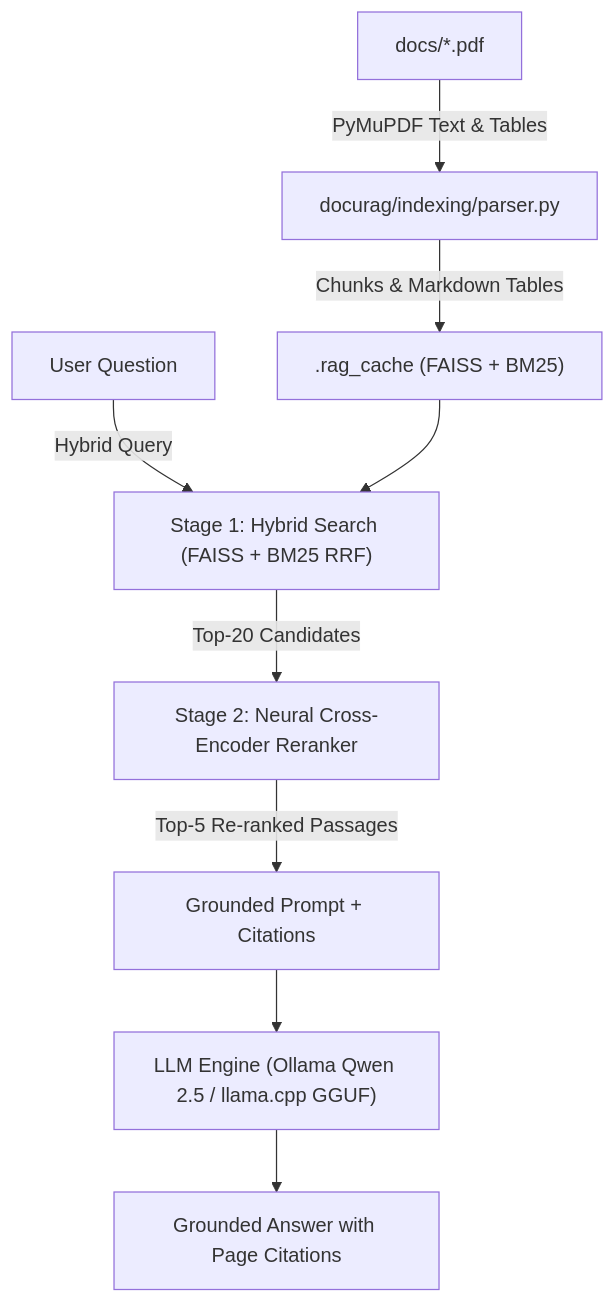
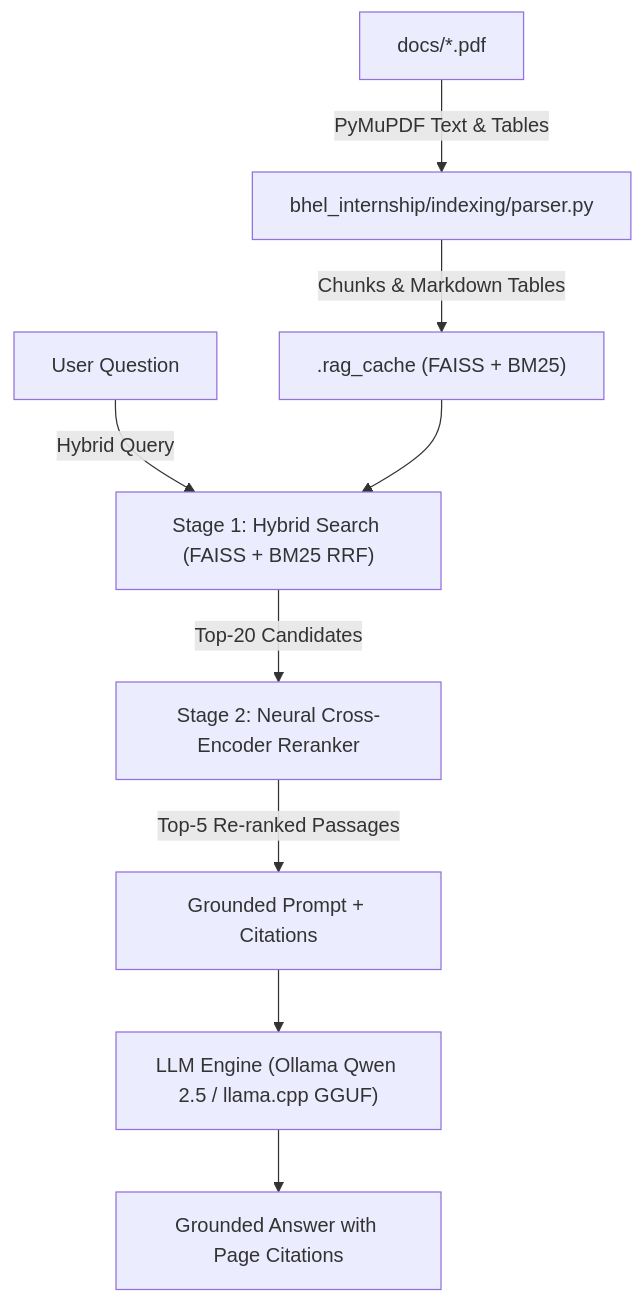
One commit to adhvaith267/bhel_internship changed the diagram in README.md. Above: the diagram before and after it, drawn with Mermaid. The commit also changed other lines of this file and 28 other files, not shown here.

First line of the commit message:
rename: docurag -> bhel_internship

````diff
--- a/README.md
+++ b/README.md
@@ -76,13 +76,13 @@
 ```mermaid
 flowchart TD
-    PDF["docs/*.pdf"] -->|PyMuPDF Text & Tables| Ingest["docurag/indexing/parser.py"]
+    PDF["docs/*.pdf"] -->|PyMuPDF Text & Tables| Ingest["bhel_internship/indexing/parser.py"]
     Ingest -->|Chunks & Markdown Tables| Cache[".rag_cache (FAISS + BM25)"]
 
     UserQuery["User Question"] -->|Hybrid Query| RRF["Stage 1: Hybrid Search (FAISS + BM25 RRF)"]
     Cache --> RRF
     RRF -->|Top-20 Candidates| Rerank["Stage 2: Neural Cross-Encoder Reranker"]
     Rerank -->|Top-5 Re-ranked Passages| Prompt["Grounded Prompt + Citations"]
 
     Prompt --> LLM["LLM Engine (Ollama Qwen 2.5 / llama.cpp GGUF)"]
     LLM --> Answer["Grounded Answer with Page Citations"]
 ```
````
